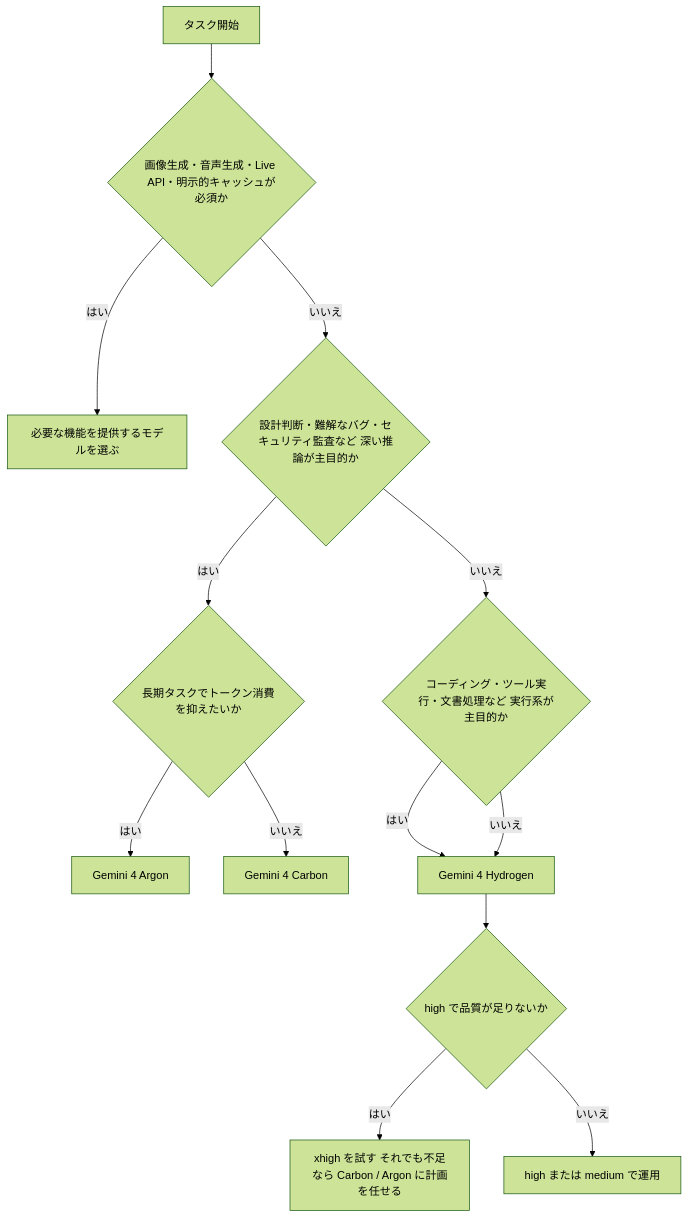
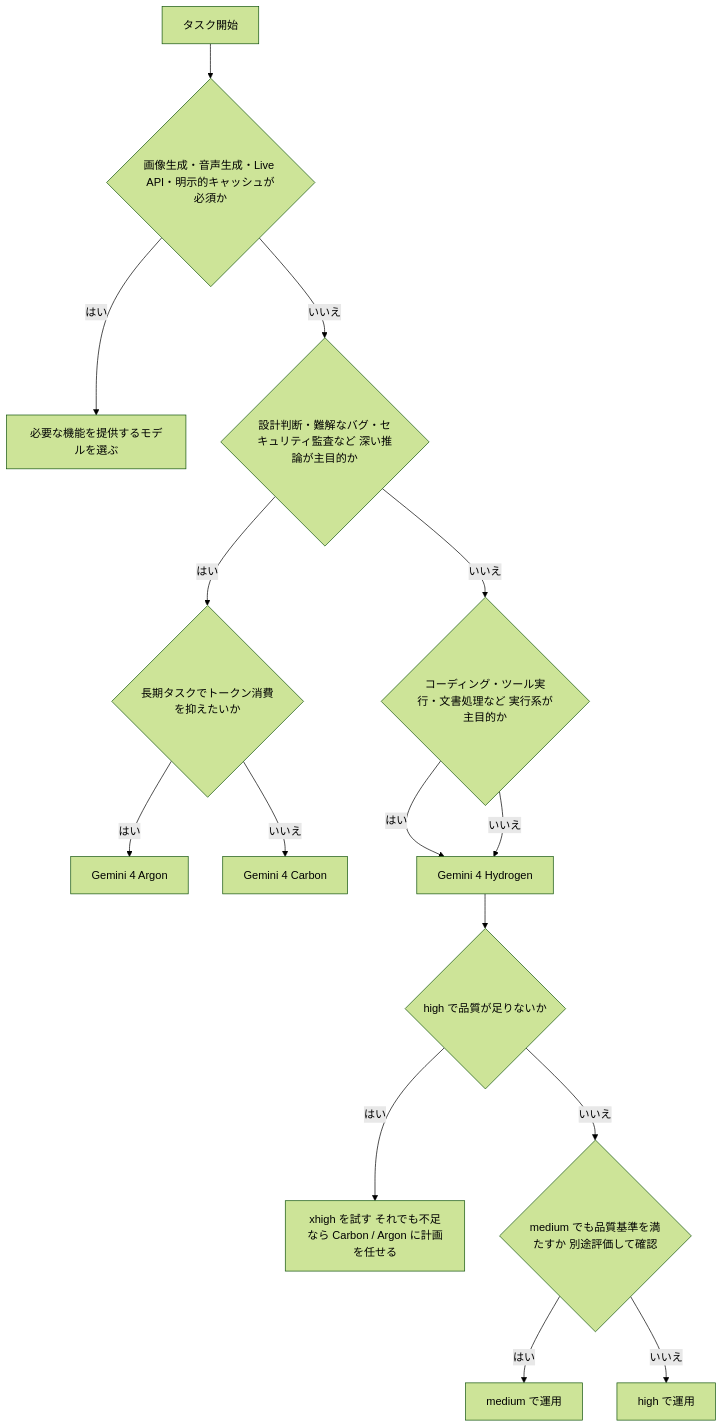
One commit to myoshi2891/Comparison-of-LLMs changed the second of 10 diagrams in Gemini-4-hydrogen-guide.md. Above: the diagram before and after it, drawn with Mermaid (forest theme). The commit also changed other lines of this file and 3 other files, not shown here.

````diff
--- a/Gemini-4-hydrogen-guide.md
+++ b/Gemini-4-hydrogen-guide.md
@@ -108,15 +108,17 @@
 ```mermaid
 flowchart TD
     S["タスク開始"] --> Q4{"画像生成・音声生成・Live API・明示的キャッシュが必須か"}
     Q4 -- "はい" --> OTHER["必要な機能を提供するモデルを選ぶ"]
     Q4 -- "いいえ" --> Q1{"設計判断・難解なバグ・セキュリティ監査など 深い推論が主目的か"}
     Q1 -- "はい" --> Q2{"長期タスクでトークン消費を抑えたいか"}
     Q2 -- "はい" --> ARGON["Gemini 4 Argon"]
     Q2 -- "いいえ" --> CARBON["Gemini 4 Carbon"]
     Q1 -- "いいえ" --> Q3{"コーディング・ツール実行・文書処理など 実行系が主目的か"}
     Q3 -- "はい" --> HYD["Gemini 4 Hydrogen"]
     Q3 -- "いいえ" --> HYD
     HYD --> Q5{"high で品質が足りないか"}
     Q5 -- "はい" --> XH["xhigh を試す それでも不足なら Carbon / Argon に計画を任せる"]
-    Q5 -- "いいえ" --> DONE["high または medium で運用"]
+    Q5 -- "いいえ" --> Q6{"medium でも品質基準を満たすか 別途評価して確認"}
+    Q6 -- "はい" --> MED["medium で運用"]
+    Q6 -- "いいえ" --> HIGH["high で運用"]
 ```
````
